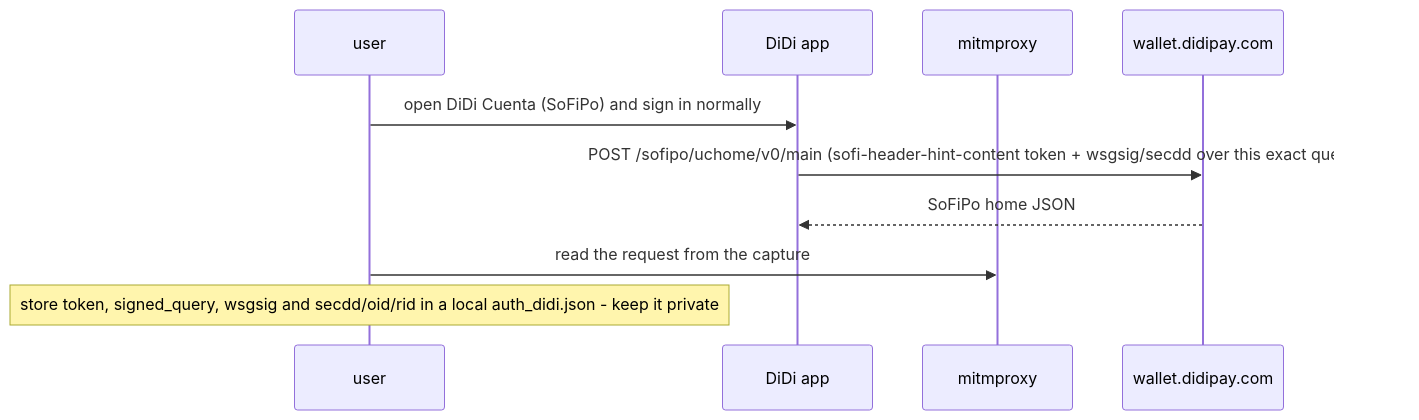
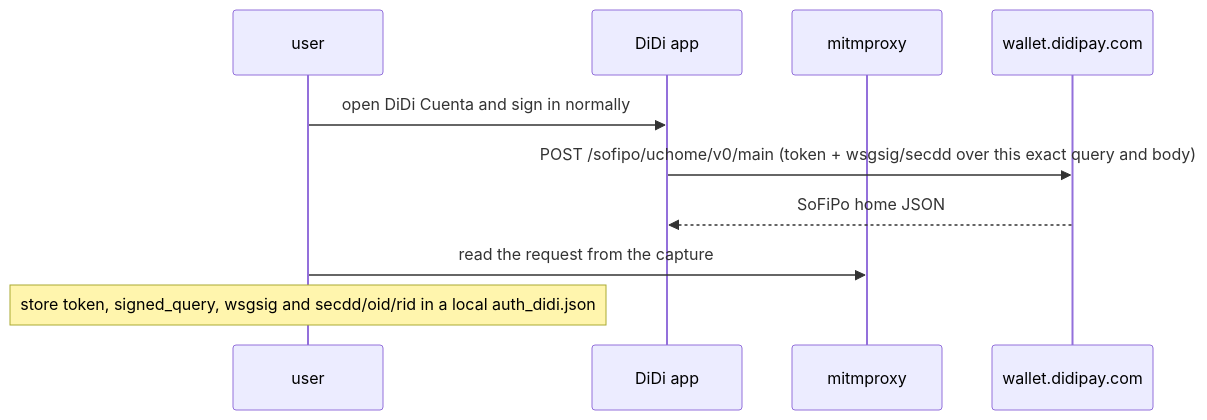
Before and after one commit to PaoloReyes/finscraper-mx: the first of 2 diagrams in docs/flows/didi.md, drawn with Mermaid. The commit also changed other lines of this file and 8 other files, not shown here.

Commit message:
docs/flows: one structure across providers; fix Klar mermaid

````diff
--- a/docs/flows/didi.md
+++ b/docs/flows/didi.md
@@ -17,13 +18,13 @@
 ```mermaid
 sequenceDiagram
   participant U as user
   participant A as DiDi app
   participant M as mitmproxy
   participant S as wallet.didipay.com
 
-  U->>A: open DiDi Cuenta (SoFiPo) and sign in normally
-  A->>S: POST /sofipo/uchome/v0/main (sofi-header-hint-content token + wsgsig/secdd over this exact query+body)
+  U->>A: open DiDi Cuenta and sign in normally
+  A->>S: POST /sofipo/uchome/v0/main (token + wsgsig/secdd over this exact query and body)
   S-->>A: SoFiPo home JSON
   U->>M: read the request from the capture
-  Note over U: store token, signed_query, wsgsig and secdd/oid/rid in a local auth_didi.json - keep it private
+  Note over U: store token, signed_query, wsgsig and secdd/oid/rid in a local auth_didi.json
 ```
````
